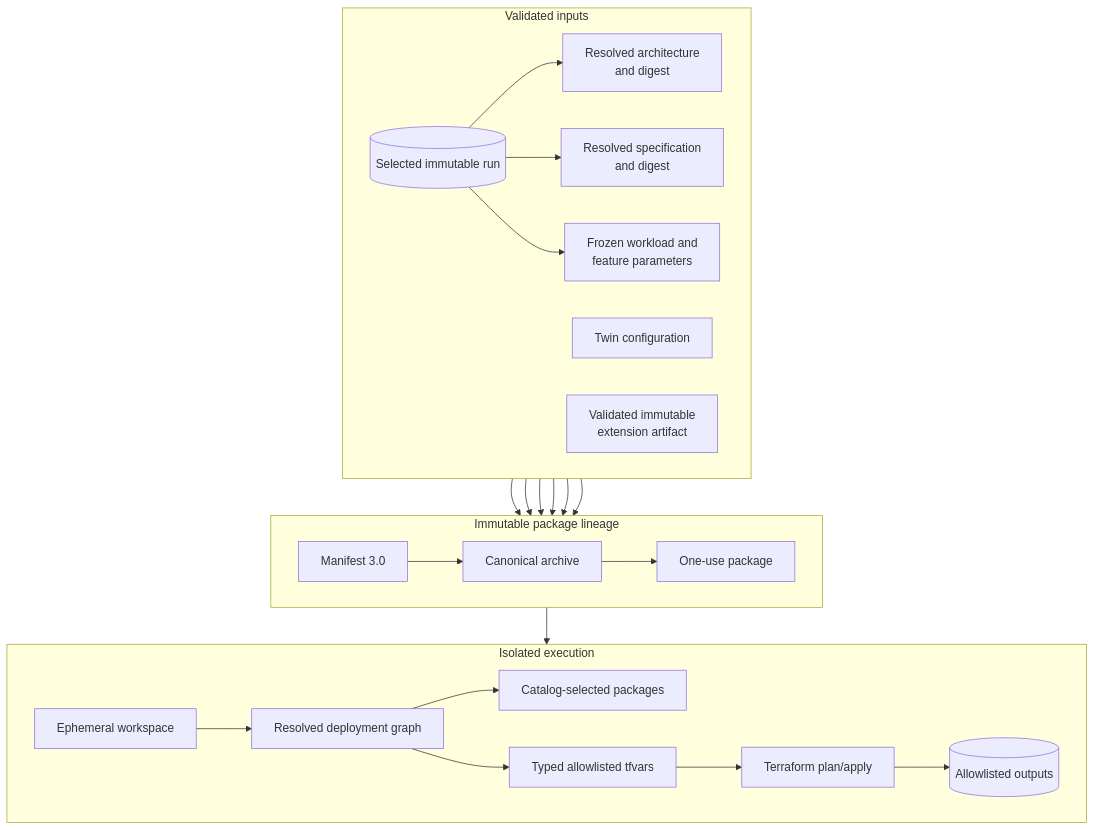
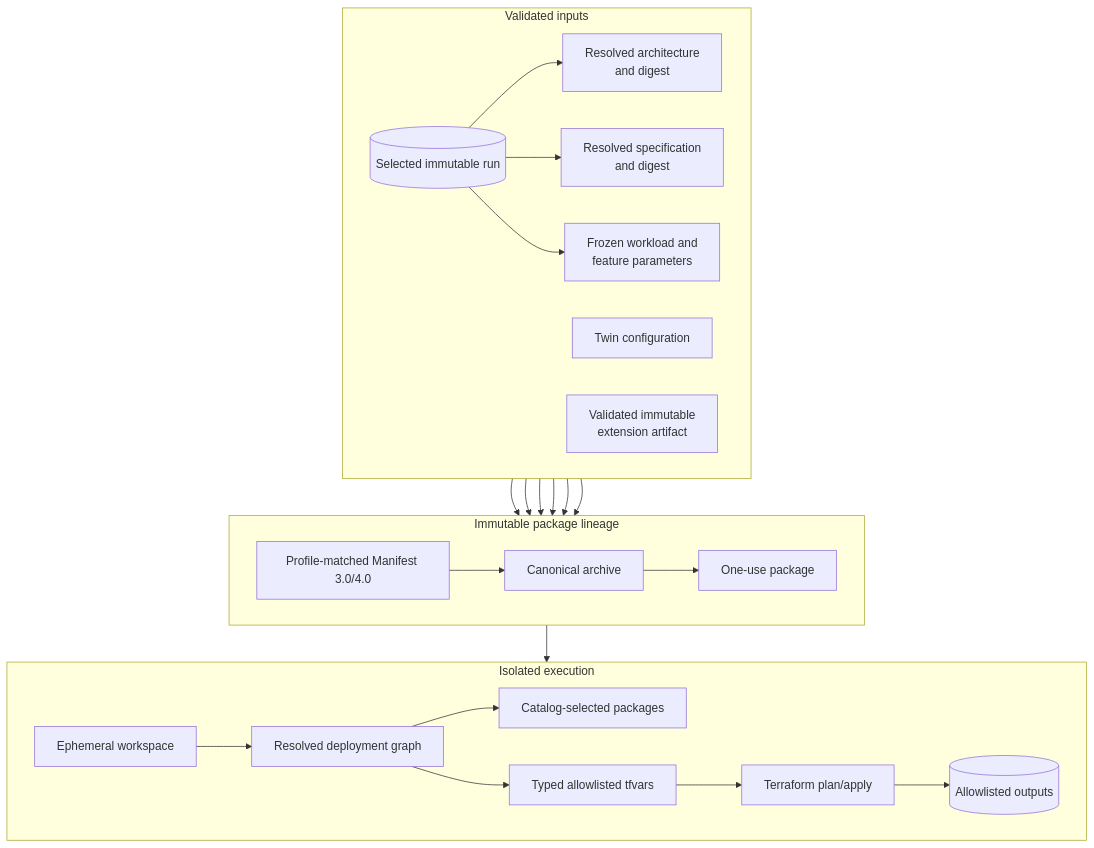
Before and after one commit to TVJunkie724/master-thesis: the second of 3 diagrams in docs-site/docs/contracts-and-data-flow/deployment-lifecycle.md, drawn with Mermaid. The commit also changed other lines of this file and 209 other files, not shown here.

````diff
--- a/docs-site/docs/contracts-and-data-flow/deployment-lifecycle.md
+++ b/docs-site/docs/contracts-and-data-flow/deployment-lifecycle.md
@@ -34,32 +34,32 @@
 ```mermaid
 flowchart TD
     subgraph Inputs["Validated inputs"]
         direction LR
         Run[("Selected immutable run")] --> Architecture["Resolved architecture<br/>and digest"]
         Run --> Specification["Resolved specification<br/>and digest"]
         Run --> Parameters["Frozen workload and<br/>feature parameters"]
         Config["Twin configuration"]
         UserArtifacts["Validated immutable<br/>extension artifact"]
     end
 
     subgraph Packaging["Immutable package lineage"]
         direction LR
-        Manifest["Manifest 3.0"] --> Archive["Canonical archive"] --> Package["One-use package"]
+        Manifest["Profile-matched Manifest 3.0/4.0"] --> Archive["Canonical archive"] --> Package["One-use package"]
     end
 
     subgraph Execution["Isolated execution"]
         direction LR
         Workspace["Ephemeral workspace"] --> Graph["Resolved deployment graph"]
         Graph --> Packages["Catalog-selected packages"]
         Graph --> Tfvars["Typed allowlisted tfvars"]
         Tfvars --> Terraform["Terraform plan/apply"] --> Outputs[("Allowlisted outputs")]
     end
 
     Run --> Manifest
     Architecture --> Manifest
     Specification --> Manifest
     Parameters --> Manifest
     Config --> Manifest
     UserArtifacts --> Archive
     Package --> Workspace
 ```
````
